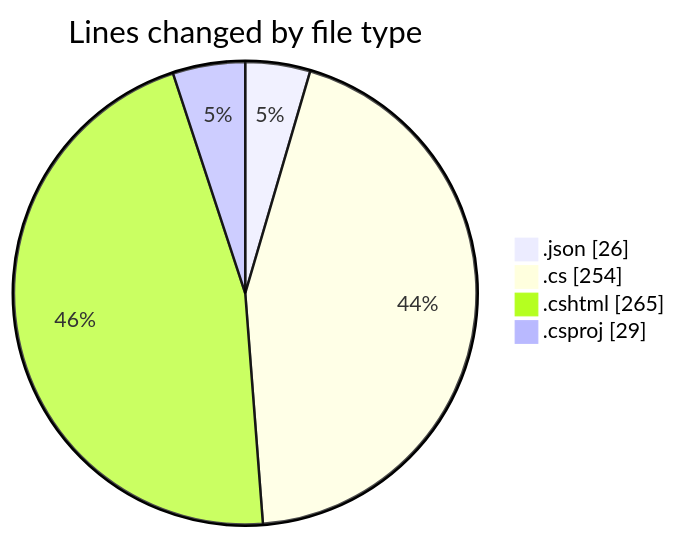
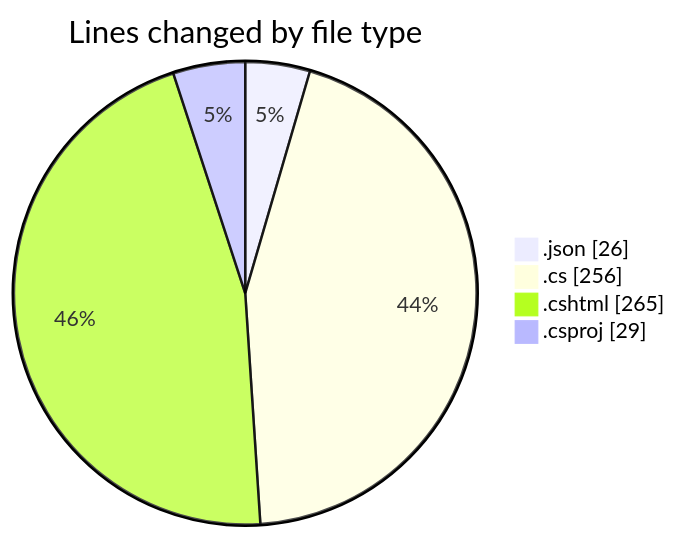
One commit to lephambinh05/code-tracking changed the first of 2 diagrams in 2025-07-19/nhahang/README.md. Above: the diagram before and after it, drawn with Mermaid. The commit also changed other lines of this file and 1 other file, not shown here.

````diff
--- a/2025-07-19/nhahang/README.md
+++ b/2025-07-19/nhahang/README.md
@@ -31,8 +31,8 @@
 ```mermaid
 pie showData
 title Lines changed by file type
 ".json" : 26
-".cs" : 254
+".cs" : 256
 ".cshtml" : 265
 ".csproj" : 29
 ```
````
